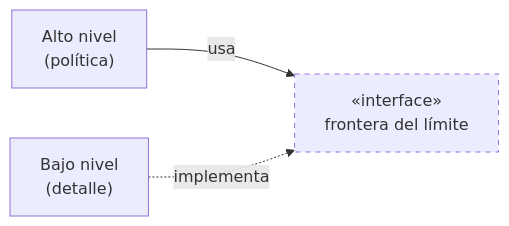
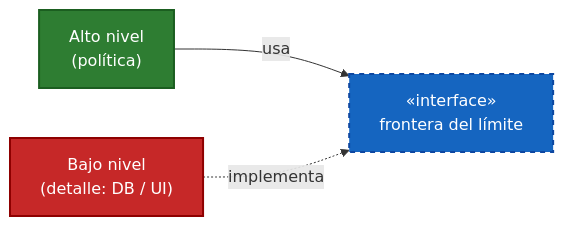
The second of 4 diagrams in 06-limites-boundaries/04-anatomia-y-flujo-de-control.md (JavierMachucaA/clean-architecture-guia), drawn with Mermaid before and after one commit. The commit also changed other lines of this file and 2 other files, not shown here.

````diff
--- a/06-limites-boundaries/04-anatomia-y-flujo-de-control.md
+++ b/06-limites-boundaries/04-anatomia-y-flujo-de-control.md
@@ -36,7 +39,9 @@
 ```mermaid
 flowchart LR
     AN["Alto nivel<br/>(política)"] -->|usa| I["«interface»<br/>frontera del límite"]
-    BN["Bajo nivel<br/>(detalle)"] -.implementa.-> I
+    BN["Bajo nivel<br/>(detalle: DB / UI)"] -.implementa.-> I
 
-    style I stroke-dasharray: 5 5
+    style AN fill:#2e7d32,stroke:#1b5e20,stroke-width:2px,color:#fff
+    style BN fill:#c62828,stroke:#8e0000,stroke-width:2px,color:#fff
+    style I fill:#1565c0,stroke:#0d47a1,stroke-width:2px,color:#fff,stroke-dasharray: 5 5
 ```
````
